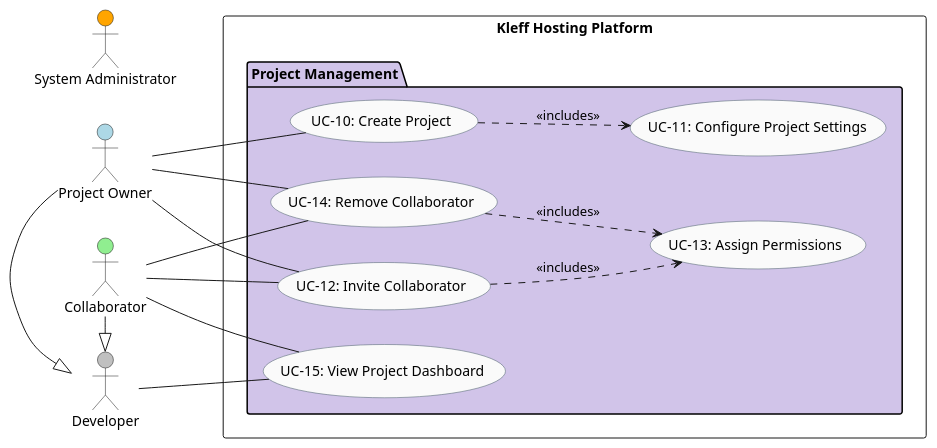
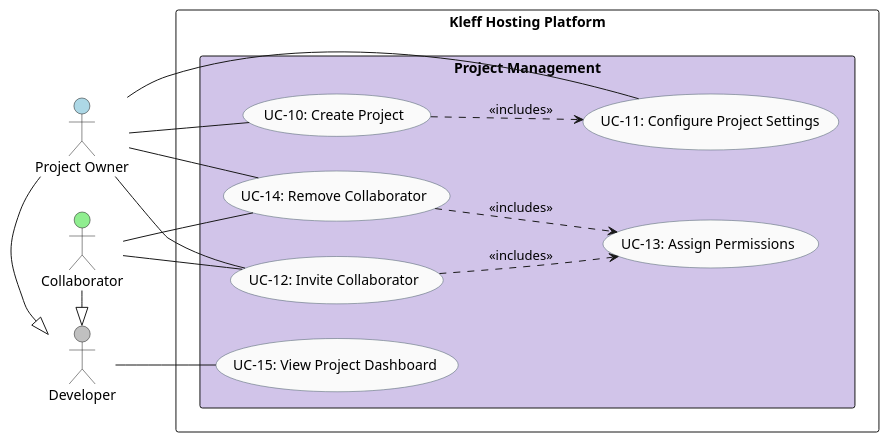
Before and after one commit to kleffio/.github: the diagram in docs/Project/ProjectManagementUseCase.puml, drawn with PlantUML. The commit also changed 9 other files, not shown here.

Commit message:
Updated diagrams to include new workspace bounded context

```diff
--- a/docs/Project/ProjectManagementUseCase.puml
+++ b/docs/Project/ProjectManagementUseCase.puml
@@ -1,47 +1,43 @@
-@startuml Kleff Hosting - Project Management Use Cases
+@startuml ProjectManagement
 left to right direction
 skinparam shadowing false
 skinparam usecase {
   BackgroundColor #FAFAFA
   BorderColor #455A64
   RoundCorner 14
 }
 
-' ==== Actors ====
-actor "Developer" as AuthUser #silver
+actor "Developer" as Dev #silver
 actor "Project Owner" as Owner #lightblue
 actor "Collaborator" as Collab #lightgreen
-actor "System Administrator" as Admin #orange
 
-Owner -|> AuthUser
-Collab -|> AuthUser
+Owner -|> Dev
+Collab -|> Dev
+rectangle "Kleff Hosting Platform" {
+  rectangle "Project Management" #D1C4E9 {
 
-rectangle "Kleff Hosting Platform" {
-
-  package "Project Management" #D1C4E9 {
     usecase "UC-10: Create Project" as UC10
     usecase "UC-11: Configure Project Settings" as UC11
     usecase "UC-12: Invite Collaborator" as UC12
     usecase "UC-13: Assign Permissions" as UC13
     usecase "UC-14: Remove Collaborator" as UC14
     usecase "UC-15: View Project Dashboard" as UC15
   }
 }
-
-' ==== Actor Relationships ====
-AuthUser -- UC15
-
+' Actors → main use cases
 Owner -- UC10
+Owner -- UC11
 Owner -- UC12
 Owner -- UC14
 
 Collab -- UC12
 Collab -- UC14
-Collab -- UC15
 
-' ==== INCLUDES ====
+Dev -- UC15
+
+' Internal relationships
 UC10 ..> UC11 : <<includes>>
 UC12 ..> UC13 : <<includes>>
 UC14 ..> UC13 : <<includes>>
 
 @enduml
```
